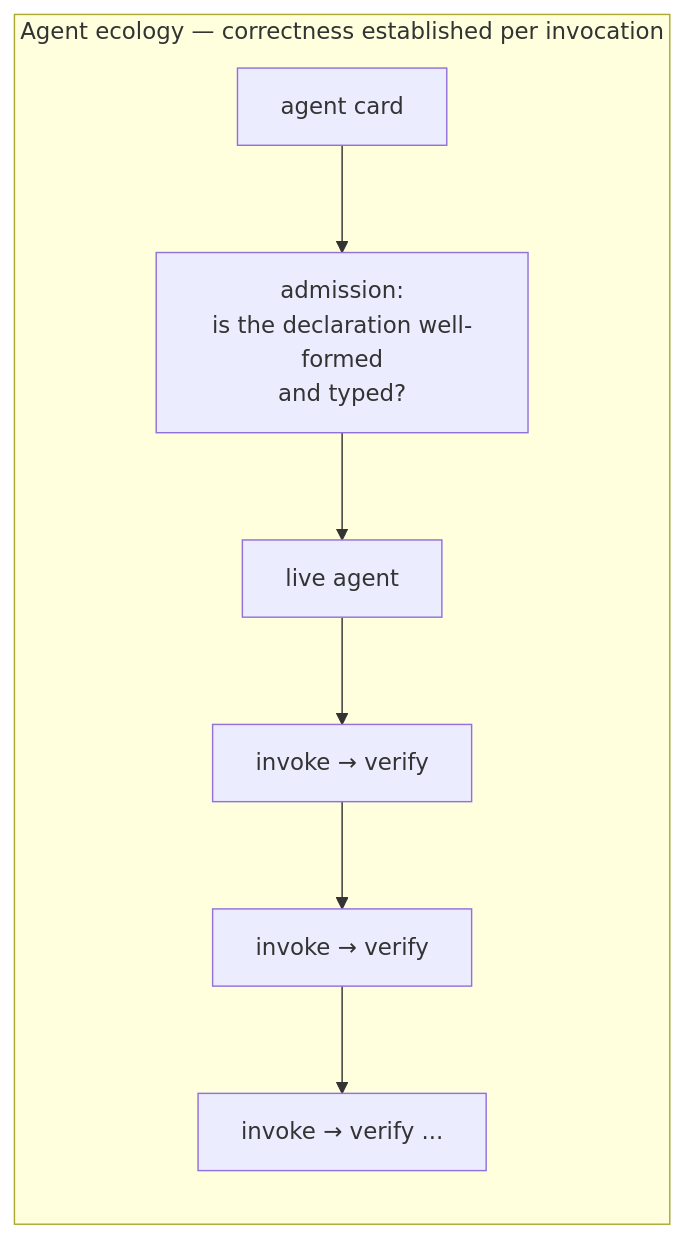
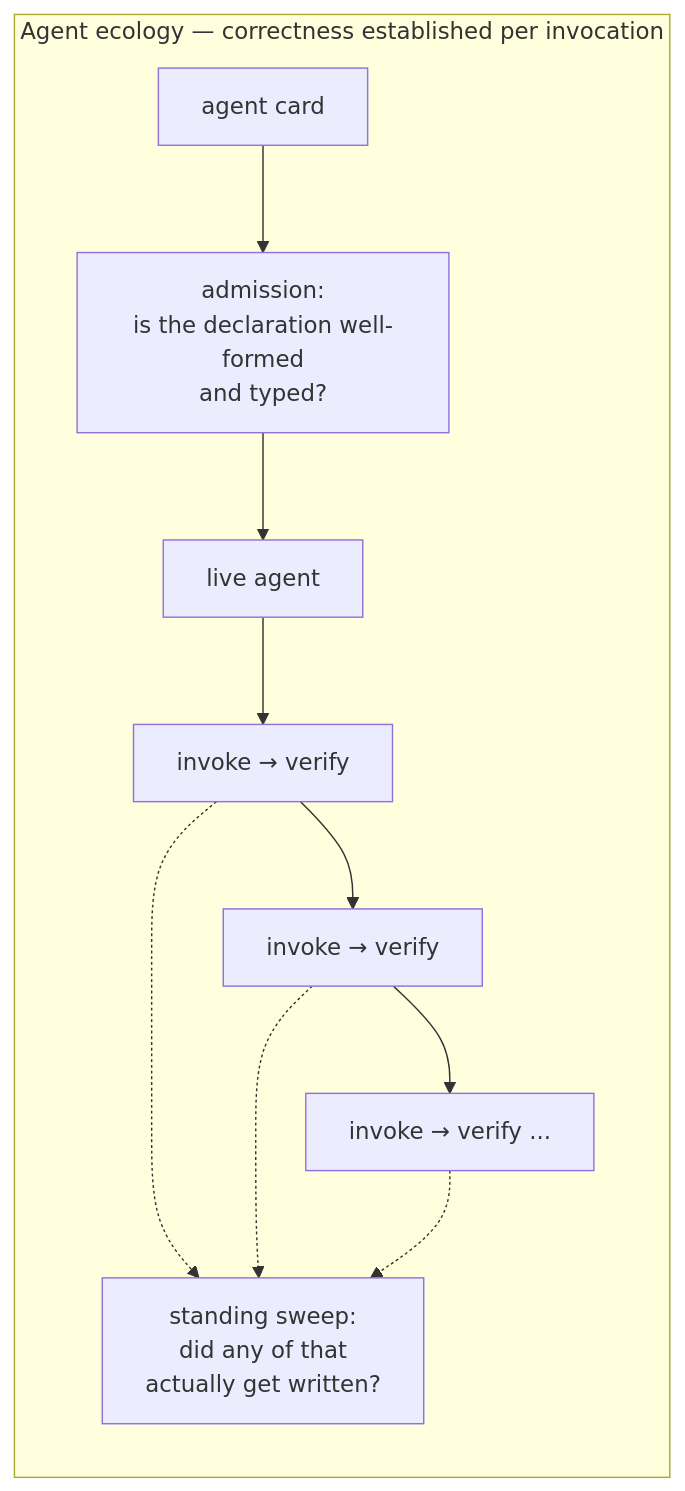
One commit to Replicant-Partners/fermi changed the second of 7 diagrams in docs/papers/verification_for_agent_ecologies.md. Above: the diagram before and after it, drawn with Mermaid. The commit also changed other lines of this file and 4 other files, not shown here.

````diff
--- a/docs/papers/verification_for_agent_ecologies.md
+++ b/docs/papers/verification_for_agent_ecologies.md
@@ -212,10 +212,13 @@
 ```mermaid
 graph LR
     subgraph ECO["Agent ecology — correctness established per invocation"]
         D[agent card] --> AD["admission:<br/>is the declaration well-formed<br/>and typed?"]
         AD --> L[live agent]
         L --> I1["invoke → verify"]
         I1 --> I2["invoke → verify"]
         I2 --> I3["invoke → verify ..."]
+        I1 -.-> SW["standing sweep:<br/>did any of that<br/>actually get written?"]
+        I2 -.-> SW
+        I3 -.-> SW
     end
 ```
````
